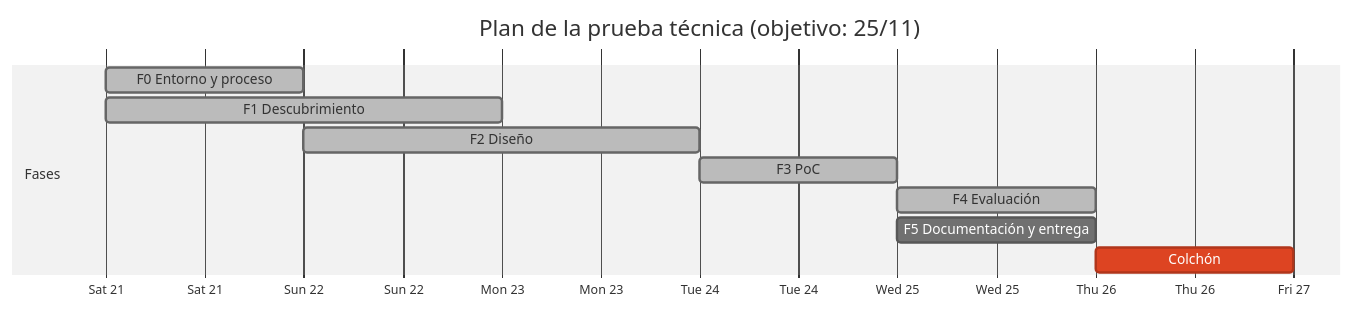
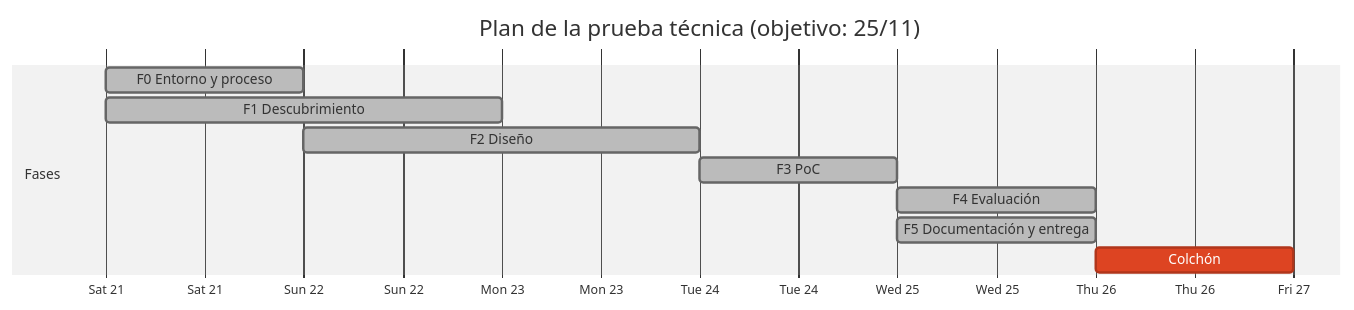
Before and after one commit to piglper/eshipping-ai-challenge: the diagram in docs/PLAN.md, drawn with Mermaid (neutral theme). The commit also changed other lines of this file and 15 other files, not shown here.

````diff
--- a/docs/PLAN.md
+++ b/docs/PLAN.md
@@ -109,14 +109,14 @@
 ```mermaid
 gantt
     title Plan de la prueba técnica (objetivo: 25/11)
     dateFormat YYYY-MM-DD
     axisFormat %a %d
     section Fases
     F0 Entorno y proceso      :done,    f0, 2026-11-21, 1d
     F1 Descubrimiento         :done,    f1, 2026-11-21, 1.5d
     F2 Diseño                 :done,    f2, 2026-11-22, 1.5d
     F3 PoC                    :done,    f3, 2026-11-24, 1d
     F4 Evaluación             :done,    f4, 2026-11-25, 0.5d
-    F5 Documentación y entrega:         f5, 2026-11-25, 1d
+    F5 Documentación y entrega:done,    f5, 2026-11-25, 1d
     Colchón                   :crit,    b,  2026-11-26, 1d
 ```
````
